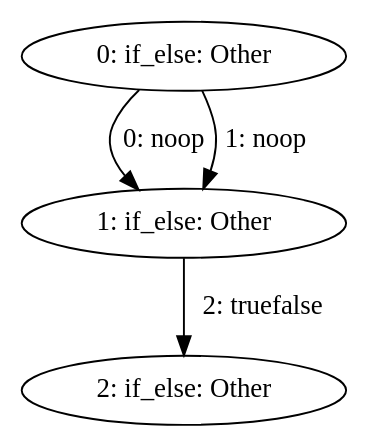
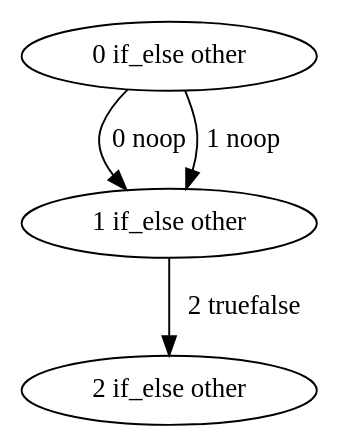
Before and after one commit to mohe2015/zero-cost-templating: the diagram in zero-cost-templating/if_else.dot, drawn with Graphviz. The commit also changed 4 other files, not shown here.

```diff
--- a/zero-cost-templating/if_else.dot
+++ b/zero-cost-templating/if_else.dot
@@ -1,8 +1,8 @@
 digraph {
-    0 [ label = "0: if_else: Other"]
-    1 [ label = "1: if_else: Other"]
-    2 [ label = "2: if_else: Other"]
-    0 -> 1 [ label = "0: noop"]
-    0 -> 1 [ label = "1: noop"]
-    1 -> 2 [ label = "2: truefalse"]
+    0 [ label = "0 if_else other"]
+    1 [ label = "1 if_else other"]
+    2 [ label = "2 if_else other"]
+    0 -> 1 [ label = "0 noop"]
+    0 -> 1 [ label = "1 noop"]
+    1 -> 2 [ label = "2 truefalse"]
 }
```
